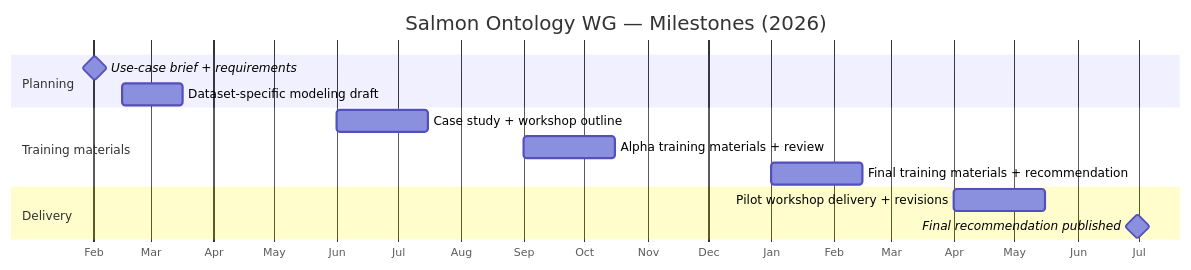
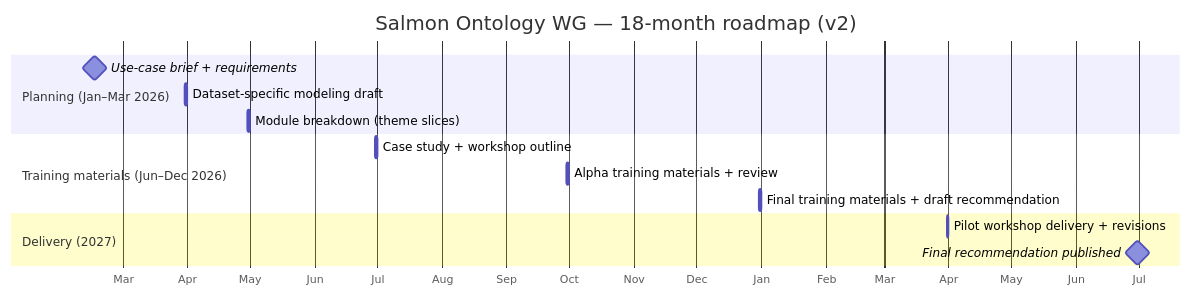
One commit to salmon-data-mobilization/salmon-ontology-hub changed the diagram in src/content/docs/index.mdx. Above: the diagram before and after it, drawn with Mermaid.

Commit message:
docs: update WG timeline to 18-month roadmap

````diff
--- a/src/content/docs/index.mdx
+++ b/src/content/docs/index.mdx
@@ -62,19 +62,20 @@
 ```mermaid
 gantt
-  title Salmon Ontology WG — Milestones (2026)
+  title Salmon Ontology WG — 18‑month roadmap (v2)
   dateFormat  YYYY-MM-DD
   axisFormat  %b
 
-  section Planning
-  Use-case brief + requirements           :milestone, m1, 2026-02-01, 1d
-  Dataset-specific modeling draft          :m2, 2026-02-15, 30d
+  section Planning (Jan–Mar 2026)
+  Use‑case brief + requirements           :milestone, m1, 2026-02-15, 1d
+  Dataset‑specific modeling draft          :m2, 2026-03-31, 1d
+  Module breakdown (theme slices)          :m3, 2026-04-30, 1d
 
-  section Training materials
-  Case study + workshop outline            :m3, 2026-06-01, 45d
-  Alpha training materials + review        :m4, 2026-09-01, 45d
-  Final training materials + recommendation :m5, 2027-01-01, 45d
+  section Training materials (Jun–Dec 2026)
+  Case study + workshop outline            :m4, 2026-06-30, 1d
+  Alpha training materials + review        :m5, 2026-09-30, 1d
+  Final training materials + draft recommendation :m6, 2026-12-31, 1d
 
-  section Delivery
-  Pilot workshop delivery + revisions      :m6, 2027-04-01, 45d
-  Final recommendation published           :milestone, m7, 2027-06-30, 1d
+  section Delivery (2027)
+  Pilot workshop delivery + revisions      :m7, 2027-03-31, 1d
+  Final recommendation published           :milestone, m8, 2027-06-30, 1d
 ```
````
